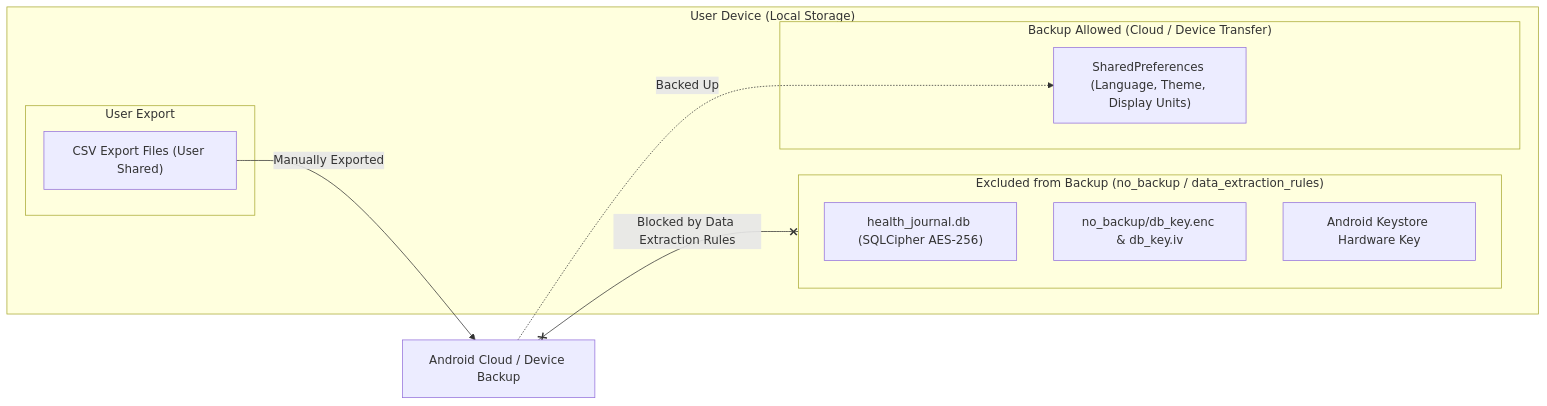
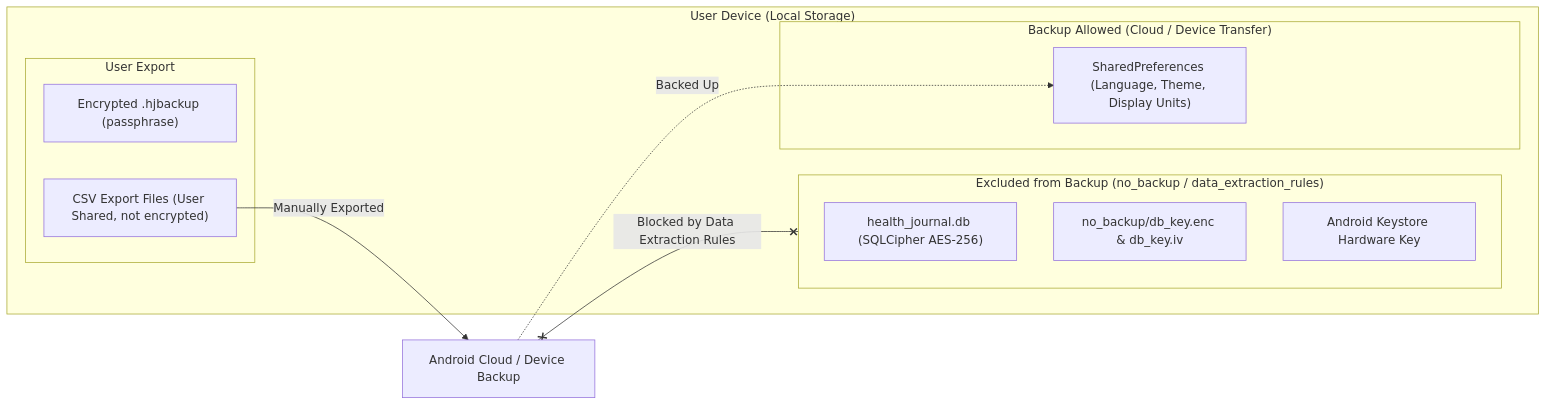
One commit to mannetje/health_journal changed the fourth of 4 diagrams in docs/dev/privacy-and-security.md. Above: the diagram before and after it, drawn with Mermaid. The commit also changed other lines of this file and 16 other files, not shown here.

Commit message:
docs: backup shipped; README, roadmap, CHANGELOG, dev docs updated, specs merged and the change archived

````diff
--- a/docs/dev/privacy-and-security.md
+++ b/docs/dev/privacy-and-security.md
@@ -161,23 +168,24 @@
 ```mermaid
 flowchart LR
     subgraph Device["User Device (Local Storage)"]
         subgraph ProtectedFiles["Excluded from Backup (no_backup / data_extraction_rules)"]
             DB_ENC["health_journal.db (SQLCipher AES-256)"]
             KEY_ENC["no_backup/db_key.enc & db_key.iv"]
             KEYSTORE["Android Keystore Hardware Key"]
         end
 
         subgraph GeneralFiles["Backup Allowed (Cloud / Device Transfer)"]
             PREFS["SharedPreferences (Language, Theme, Display Units)"]
         end
 
         subgraph UserControlled["User Export"]
-            CSV["CSV Export Files (User Shared)"]
+            HJ["Encrypted .hjbackup (passphrase)"]
+            CSV["CSV Export Files (User Shared, not encrypted)"]
         end
     end
 
     BACKUP["Android Cloud / Device Backup"]
     BACKUP -.->|Backed Up| PREFS
     BACKUP x--x|Blocked by Data Extraction Rules| ProtectedFiles
     CSV -->|Manually Exported| BACKUP
 ```
````
